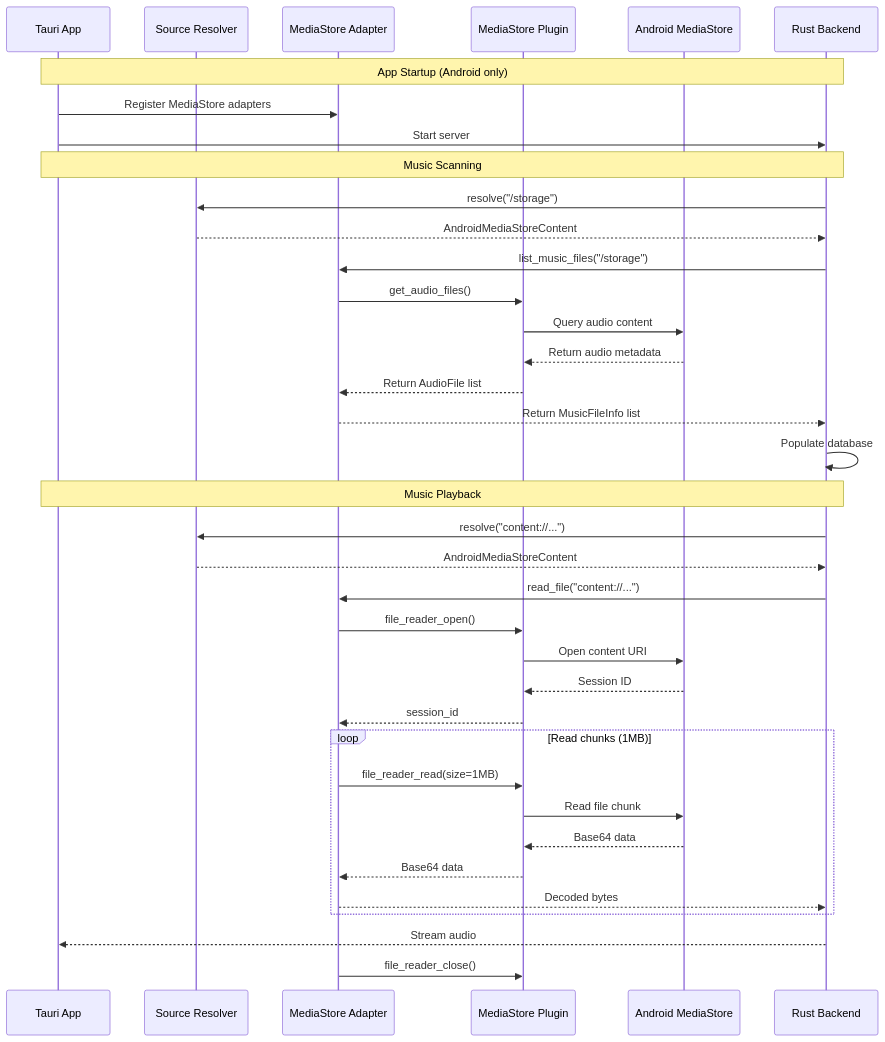
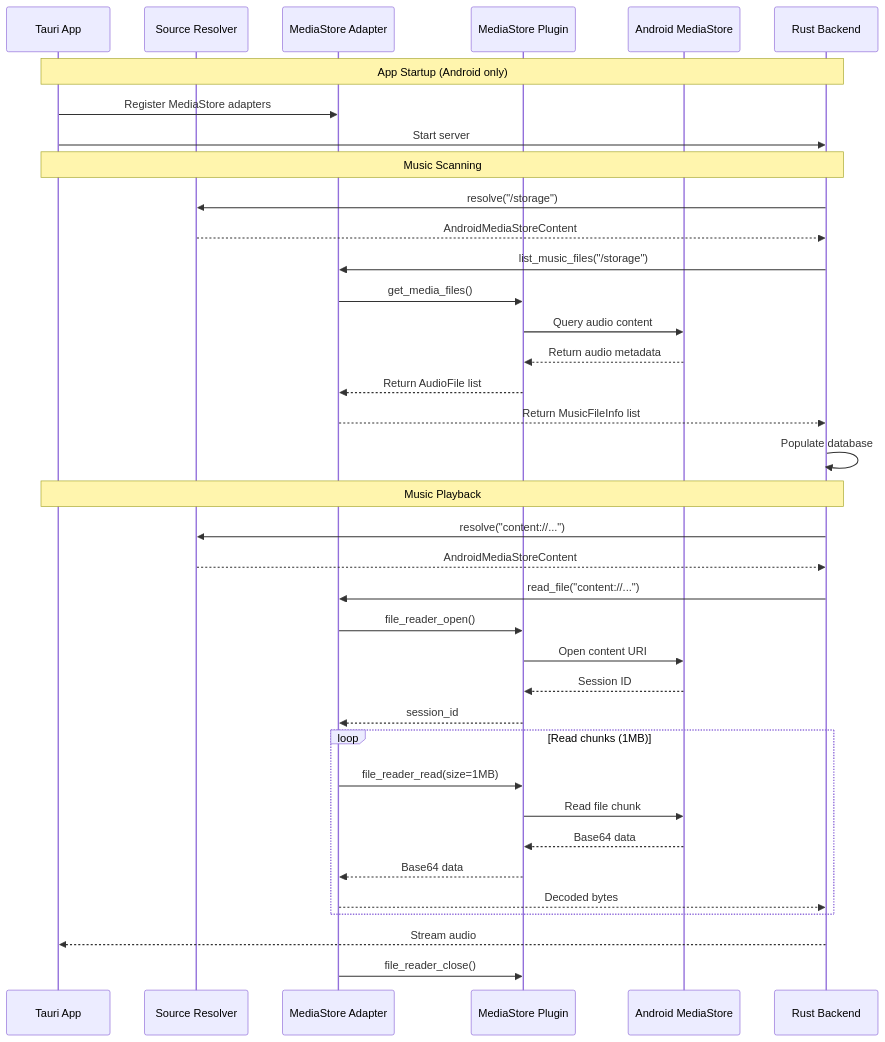
One commit to Afeather2017/Kaulan changed the diagram in docs/android/mediastore-integration.md. Above: the diagram before and after it, drawn with Mermaid. The commit also changed other lines of this file and 5 other files, not shown here.

````diff
--- a/docs/android/mediastore-integration.md
+++ b/docs/android/mediastore-integration.md
@@ -28,42 +28,42 @@
 ```mermaid
 sequenceDiagram
     participant App as Tauri App
     participant Resolver as Source Resolver
     participant Adapter as MediaStore Adapter
     participant Plugin as MediaStore Plugin
     participant MediaStore as Android MediaStore
     participant Backend as Rust Backend
 
     Note over App,Backend: App Startup (Android only)
     App->>Adapter: Register MediaStore adapters
     App->>Backend: Start server
 
     Note over App,Backend: Music Scanning
     Backend->>Resolver: resolve("/storage")
     Resolver-->>Backend: AndroidMediaStoreContent
     Backend->>Adapter: list_music_files("/storage")
-    Adapter->>Plugin: get_audio_files()
+    Adapter->>Plugin: get_media_files()
     Plugin->>MediaStore: Query audio content
     MediaStore-->>Plugin: Return audio metadata
     Plugin-->>Adapter: Return AudioFile list
     Adapter-->>Backend: Return MusicFileInfo list
     Backend->>Backend: Populate database
 
     Note over App,Backend: Music Playback
     Backend->>Resolver: resolve("content://...")
     Resolver-->>Backend: AndroidMediaStoreContent
     Backend->>Adapter: read_file("content://...")
     Adapter->>Plugin: file_reader_open()
     Plugin->>MediaStore: Open content URI
     MediaStore-->>Plugin: Session ID
     Plugin-->>Adapter: session_id
     loop Read chunks (1MB)
         Adapter->>Plugin: file_reader_read(size=1MB)
         Plugin->>MediaStore: Read file chunk
         MediaStore-->>Plugin: Base64 data
         Plugin-->>Adapter: Base64 data
         Adapter-->>Backend: Decoded bytes
     end
     Backend-->>App: Stream audio
     Adapter->>Plugin: file_reader_close()
 ```
````
